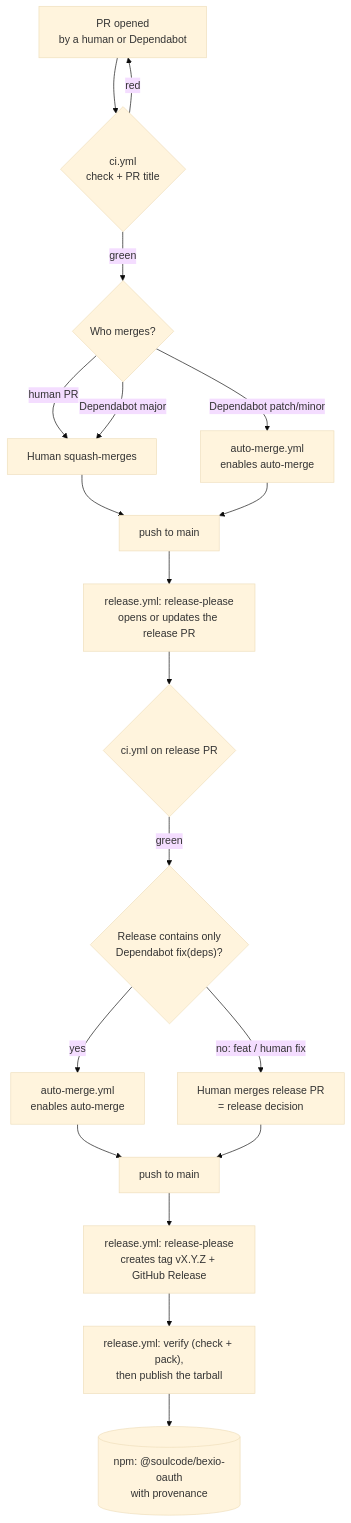
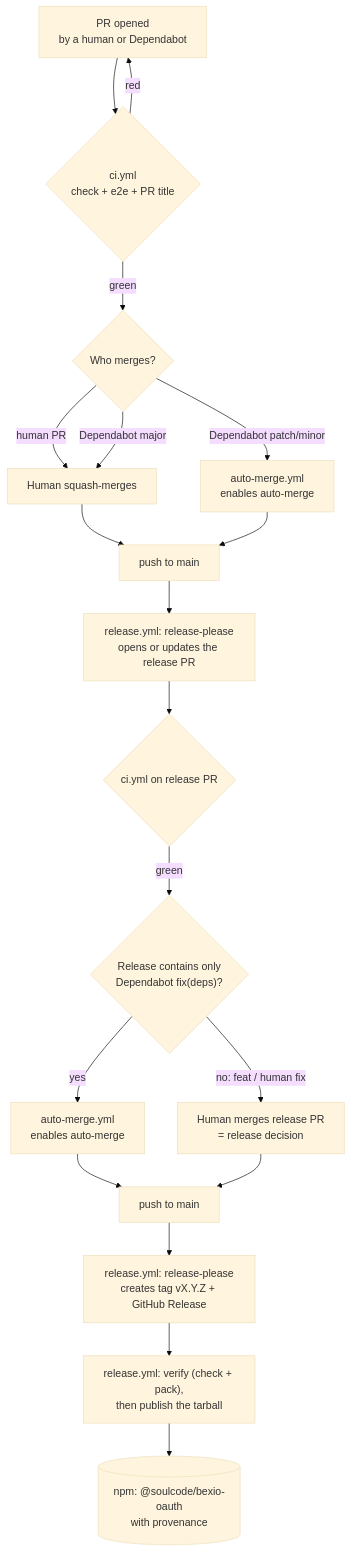
The first of 5 diagrams in docs/development.md (SoulcodeAgency/bexio-oauth), drawn with Mermaid (base theme) before and after one commit. The commit also changed other lines of this file and 52 other files, not shown here.

````diff
--- a/docs/development.md
+++ b/docs/development.md
@@ -77,21 +77,21 @@
 ```mermaid
 flowchart TD
-    A["PR opened<br/>by a human or Dependabot"] --> B{"ci.yml<br/>check + PR title"}
+    A["PR opened<br/>by a human or Dependabot"] --> B{"ci.yml<br/>check + e2e + PR title"}
     B -->|red| A
     B -->|green| C{"Who merges?"}
     C -->|human PR| D["Human squash-merges"]
     C -->|Dependabot patch/minor| E["auto-merge.yml<br/>enables auto-merge"]
     C -->|Dependabot major| D
     D --> F["push to main"]
     E --> F
     F --> G["release.yml: release-please<br/>opens or updates the release PR"]
     G --> H{"ci.yml on release PR"}
     H -->|green| I{"Release contains only<br/>Dependabot fix(deps)?"}
     I -->|yes| J["auto-merge.yml<br/>enables auto-merge"]
     I -->|"no: feat / human fix"| K["Human merges release PR<br/>= release decision"]
     J --> L["push to main"]
     K --> L
     L --> M["release.yml: release-please<br/>creates tag vX.Y.Z + GitHub Release"]
     M --> N["release.yml: verify (check + pack),<br/>then publish the tarball"]
     N --> O[("npm: @soulcode/bexio-oauth<br/>with provenance")]
 ```
````
